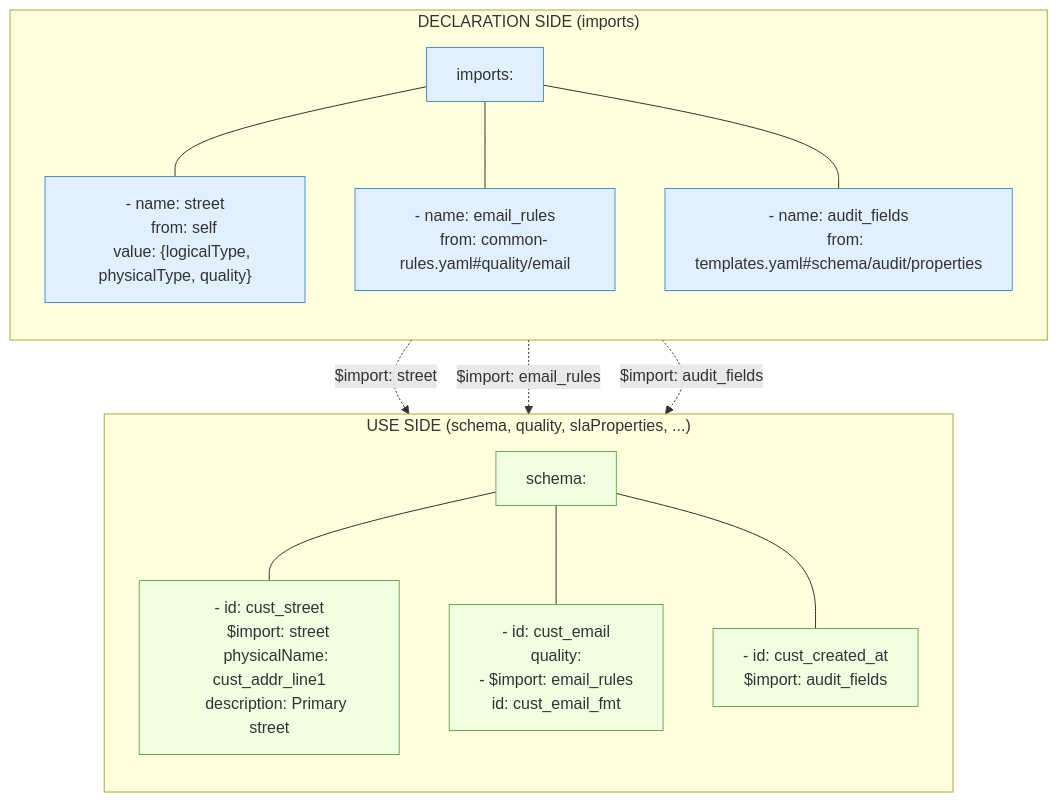
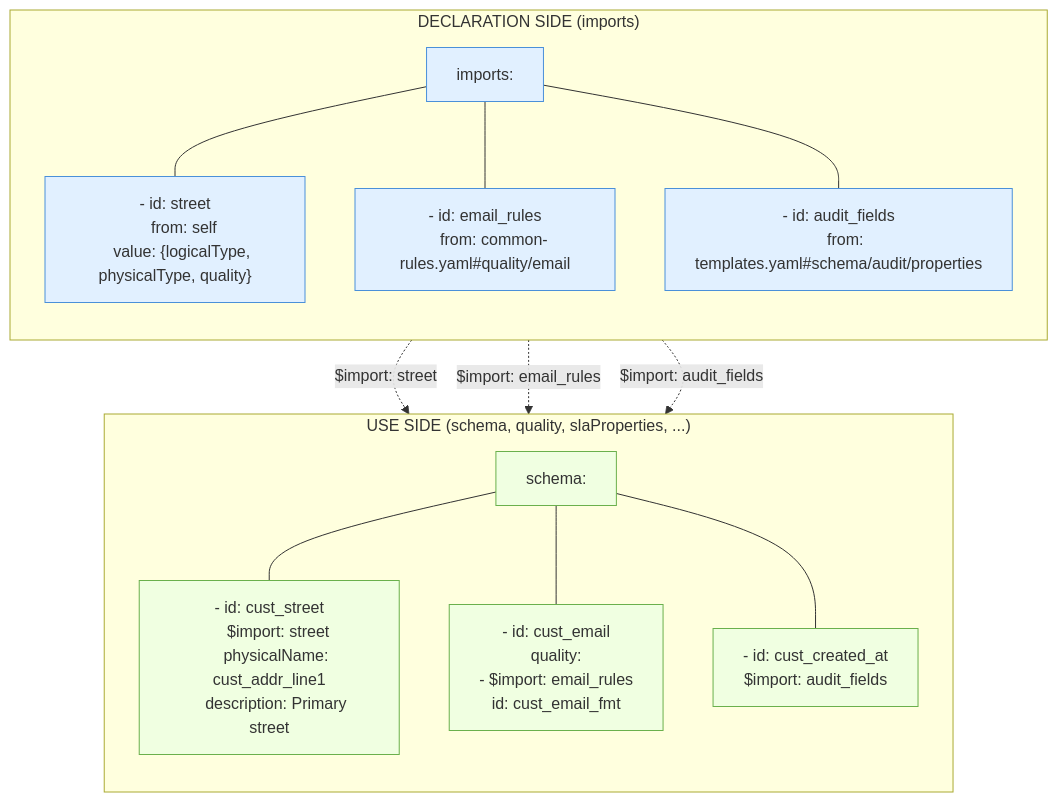
One commit to bitol-io/tsc changed the diagram in rfcs/0032-imports.md. Above: the diagram before and after it, drawn with Mermaid. The commit also changed other lines of this file, not shown here.

Commit message:
Oopsie on name vs. id.

````diff
--- a/rfcs/0032-imports.md
+++ b/rfcs/0032-imports.md
@@ -239,37 +239,37 @@
 ```mermaid
 graph TB
     subgraph "DECLARATION SIDE (imports)"
         direction TB
         I1["imports:"]
-        I2["  - name: street<br/>    from: self<br/>    value: {logicalType, physicalType, quality}"]
-        I3["  - name: email_rules<br/>    from: common-rules.yaml#quality/email<br/>"]
-        I4["  - name: audit_fields<br/>    from: templates.yaml#schema/audit/properties"]
+        I2["  - id: street<br/>    from: self<br/>    value: {logicalType, physicalType, quality}"]
+        I3["  - id: email_rules<br/>    from: common-rules.yaml#quality/email<br/>"]
+        I4["  - id: audit_fields<br/>    from: templates.yaml#schema/audit/properties"]
         I1 --- I2
         I1 --- I3
         I1 --- I4
     end
 
     subgraph "USE SIDE (schema, quality, slaProperties, ...)"
         direction TB
         S1["schema:"]
         S2["  - id: cust_street<br/>    $import: street<br/>    physicalName: cust_addr_line1<br/>    description: Primary street"]
         S3["  - id: cust_email<br/>    quality:<br/>      - $import: email_rules<br/>        id: cust_email_fmt"]
         S4["  - id: cust_created_at<br/>    $import: audit_fields"]
         S1 --- S2
         S1 --- S3
         S1 --- S4
     end
 
     I2 -. "$import: street" .-> S2
     I3 -. "$import: email_rules" .-> S3
     I4 -. "$import: audit_fields" .-> S4
 
     style I1 fill:#e1f0ff,stroke:#4a90d9
     style I2 fill:#e1f0ff,stroke:#4a90d9
     style I3 fill:#e1f0ff,stroke:#4a90d9
     style I4 fill:#e1f0ff,stroke:#4a90d9
     style S1 fill:#f0ffe1,stroke:#6ab04c
     style S2 fill:#f0ffe1,stroke:#6ab04c
     style S3 fill:#f0ffe1,stroke:#6ab04c
     style S4 fill:#f0ffe1,stroke:#6ab04c
 ```
````
